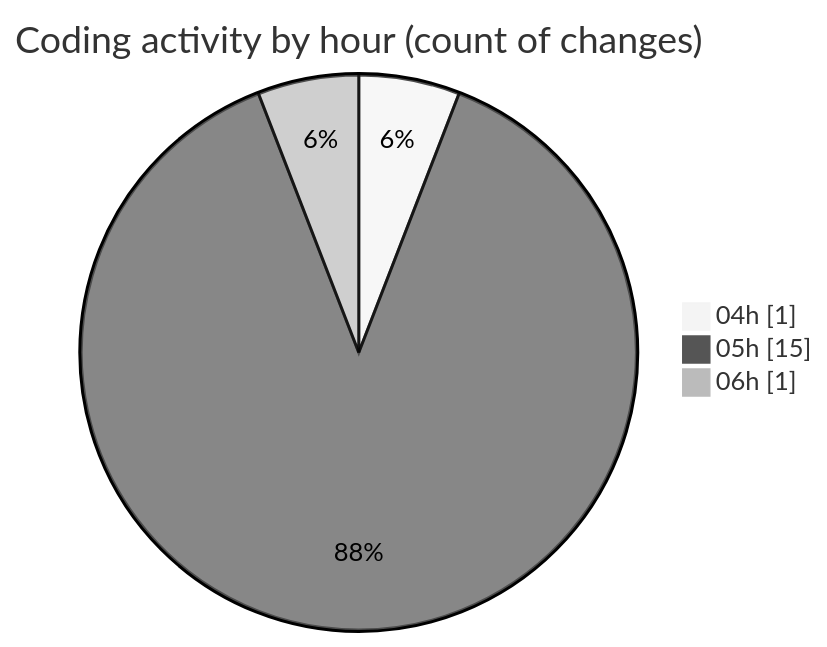
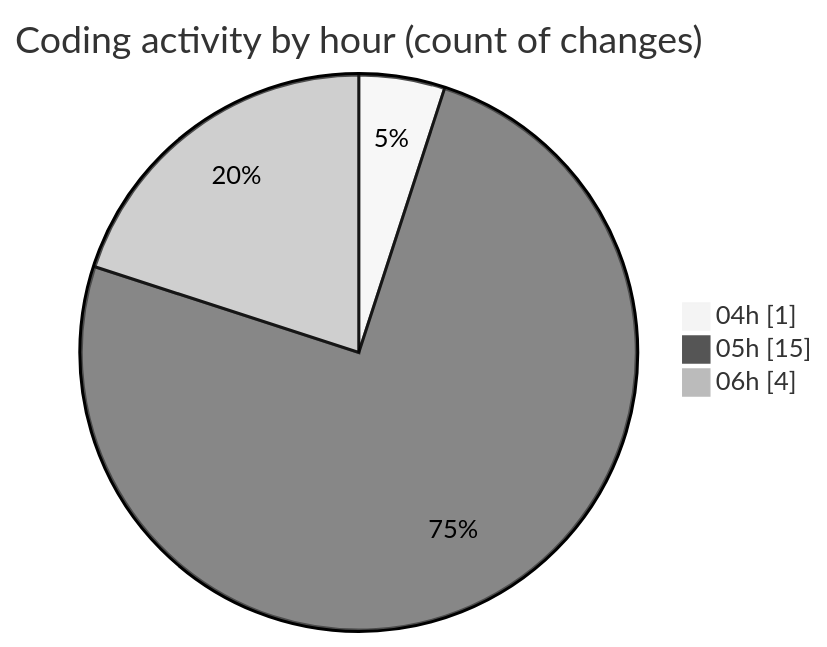
The second of 2 diagrams in 2025-03-24/zeytoon/README.md (vahidmafi/code-tracking), drawn with Mermaid (neutral theme) before and after one commit. The commit also changed other lines of this file and 1 other file, not shown here.

````diff
--- a/2025-03-24/zeytoon/README.md
+++ b/2025-03-24/zeytoon/README.md
@@ -35,7 +35,7 @@
 ```mermaid
 pie showData
 title Coding activity by hour (count of changes)
 "04h" : 1
 "05h" : 15
-"06h" : 1
+"06h" : 4
 ```
````
